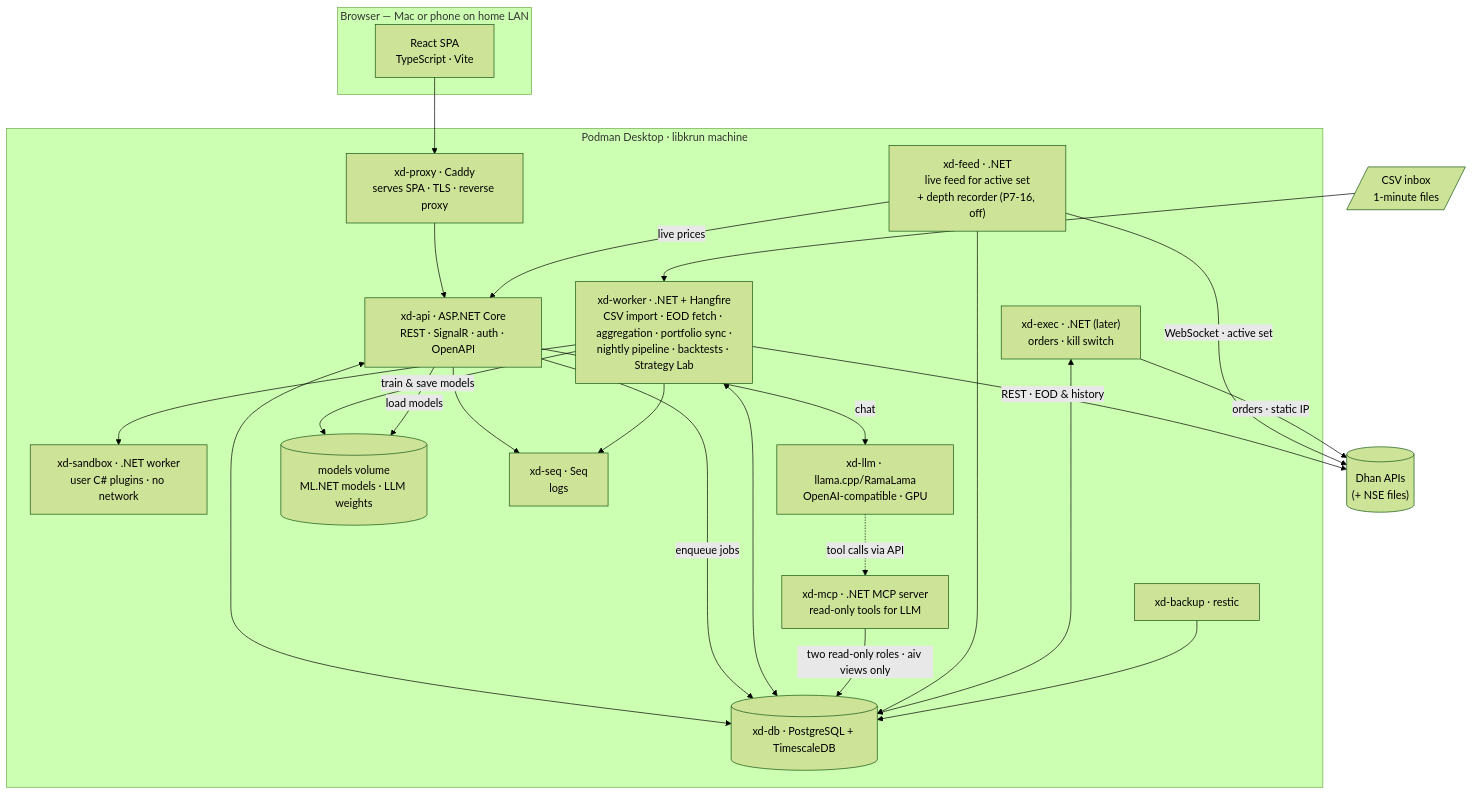
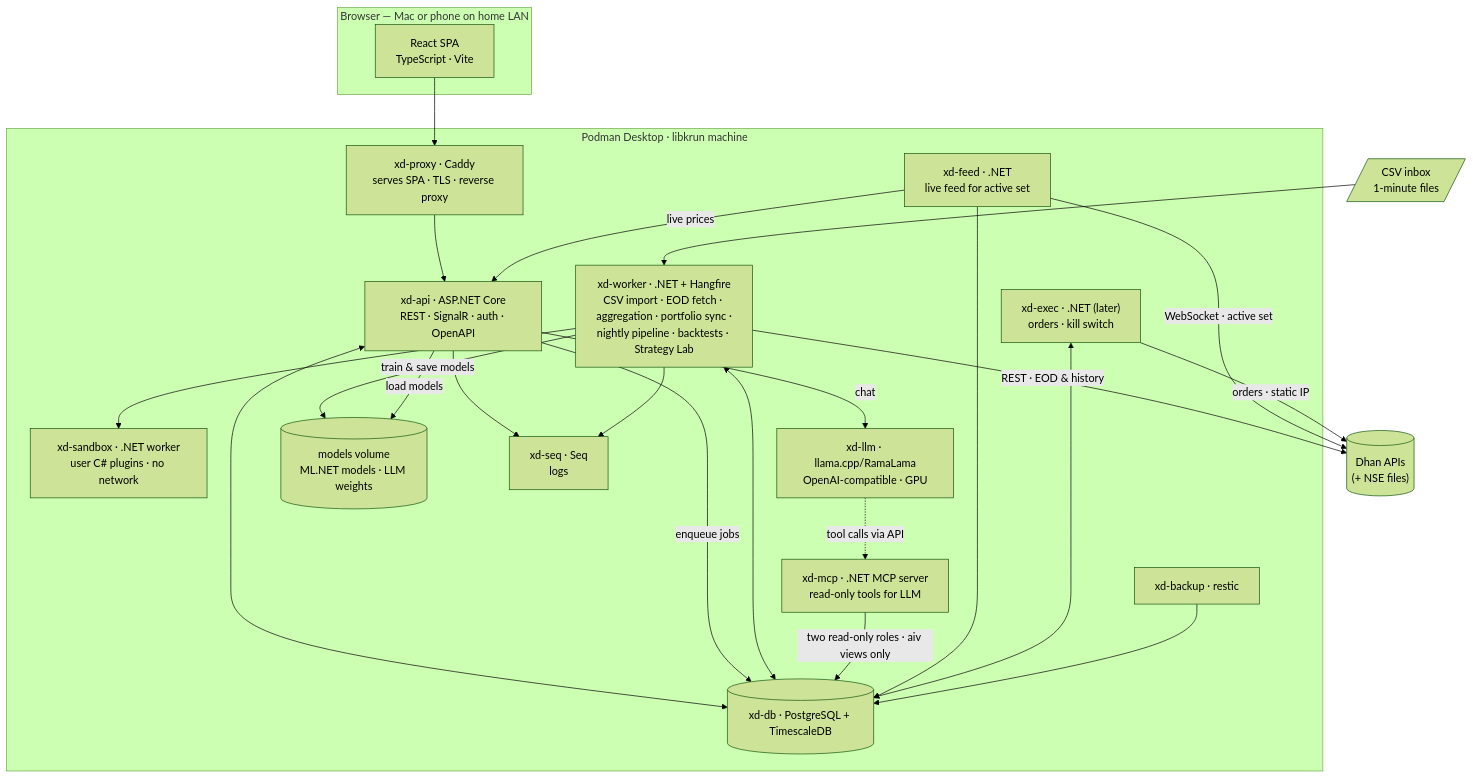
One commit to hemsingh81/xDrishti changed the first of 2 diagrams in docs/design/03-target-architecture.md. Above: the diagram before and after it, drawn with Mermaid (forest theme). The commit also changed other lines of this file and 155 other files, not shown here.

Commit message:
Drop P13: remove the depth and tick recorders, drop their tables, keep the feature-set comparison core (ADR 0288)

````diff
--- a/docs/design/03-target-architecture.md
+++ b/docs/design/03-target-architecture.md
@@ -12,44 +12,44 @@
 ```mermaid
 flowchart TB
     subgraph Browser["Browser — Mac or phone on home LAN"]
         WEB["React SPA<br/>TypeScript · Vite"]
     end
 
     subgraph Podman["Podman Desktop · libkrun machine"]
         PROXY["xd-proxy · Caddy<br/>serves SPA · TLS · reverse proxy"]
         API["xd-api · ASP.NET Core<br/>REST · SignalR · auth · OpenAPI"]
         WORKER["xd-worker · .NET + Hangfire<br/>CSV import · EOD fetch · aggregation · portfolio sync ·<br/>nightly pipeline · backtests · Strategy Lab"]
         SANDBOX["xd-sandbox · .NET worker<br/>user C# plugins · no network"]
         MCP["xd-mcp · .NET MCP server<br/>read-only tools for LLM"]
         LLM["xd-llm · llama.cpp/RamaLama<br/>OpenAI-compatible · GPU"]
         DB[("xd-db · PostgreSQL + TimescaleDB")]
         VOL[("models volume<br/>ML.NET models · LLM weights")]
         SEQ["xd-seq · Seq<br/>logs"]
         BAK["xd-backup · restic"]
-        FEED["xd-feed · .NET<br/>live feed for active set<br/>+ depth recorder (P7-16, off)"]
+        FEED["xd-feed · .NET<br/>live feed for active set"]
         EXEC["xd-exec · .NET (later)<br/>orders · kill switch"]
     end
 
     BROKERS[("Dhan APIs<br/>(+ NSE files)")]
     INBOX[/"CSV inbox<br/>1-minute files"/]
 
     WEB --> PROXY --> API
     API <--> DB
     API -->|enqueue jobs| DB
     WORKER <--> DB
     WORKER --> SANDBOX
     WORKER -->|train & save models| VOL
     API -->|load models| VOL
     API -->|chat| LLM
     LLM -. tool calls via API .-> MCP
     MCP -->|two read-only roles · aiv views only| DB
     WORKER -->|REST · EOD & history| BROKERS
     INBOX --> WORKER
     FEED -->|WebSocket · active set| BROKERS
     FEED -->|live prices| API
     EXEC -->|orders · static IP| BROKERS
     FEED --> DB
     EXEC <--> DB
     API & WORKER --> SEQ
     BAK --> DB
 ```
````
